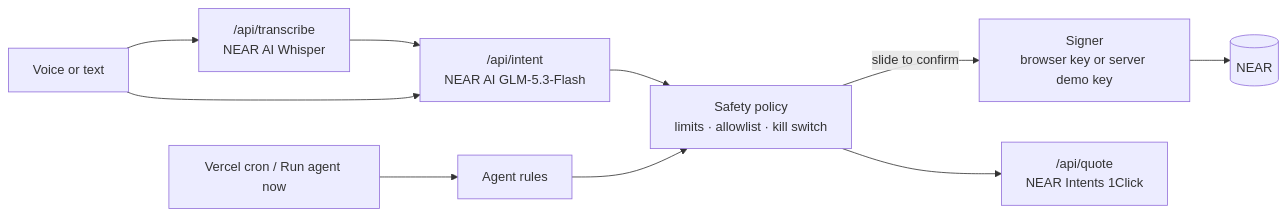
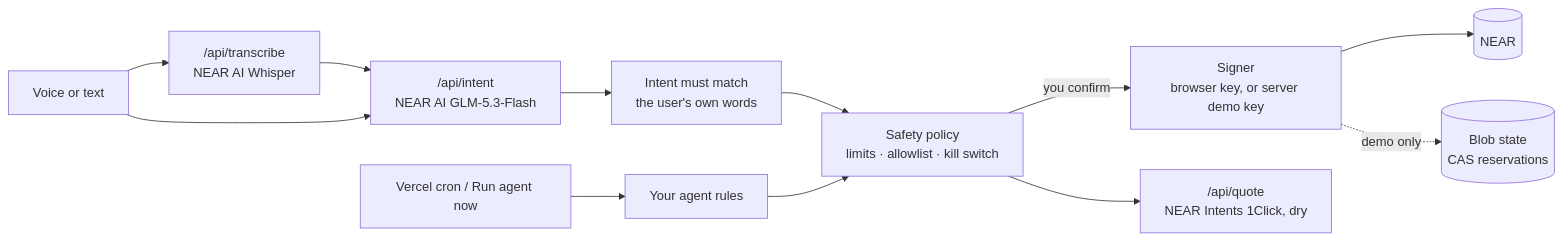
One commit to KhomDev/vibe-wallet changed the diagram in README.md. Above: the diagram before and after it, drawn with Mermaid. The commit also changed other lines of this file and 10 other files, not shown here.

````diff
--- a/README.md
+++ b/README.md
@@ -117,11 +193,13 @@
 ```mermaid
 flowchart LR
   voice[Voice or text] --> stt["/api/transcribe<br/>NEAR AI Whisper"]
   stt --> nlu["/api/intent<br/>NEAR AI GLM-5.3-Flash"]
   voice --> nlu
-  nlu --> policy[Safety policy<br/>limits · allowlist · kill switch]
-  policy -->|slide to confirm| signer[Signer<br/>browser key or server demo key]
+  nlu --> check[Intent must match<br/>the user's own words]
+  check --> policy[Safety policy<br/>limits · allowlist · kill switch]
+  policy -->|you confirm| signer[Signer<br/>browser key, or server demo key]
   signer --> near[(NEAR)]
-  policy --> quote["/api/quote<br/>NEAR Intents 1Click"]
-  cron[Vercel cron / Run agent now] --> agent[Agent rules] --> policy
+  policy --> quote["/api/quote<br/>NEAR Intents 1Click, dry"]
+  cron[Vercel cron / Run agent now] --> agent[Your agent rules] --> policy
+  signer -.demo only.-> state[(Blob state<br/>CAS reservations)]
 ```
````
